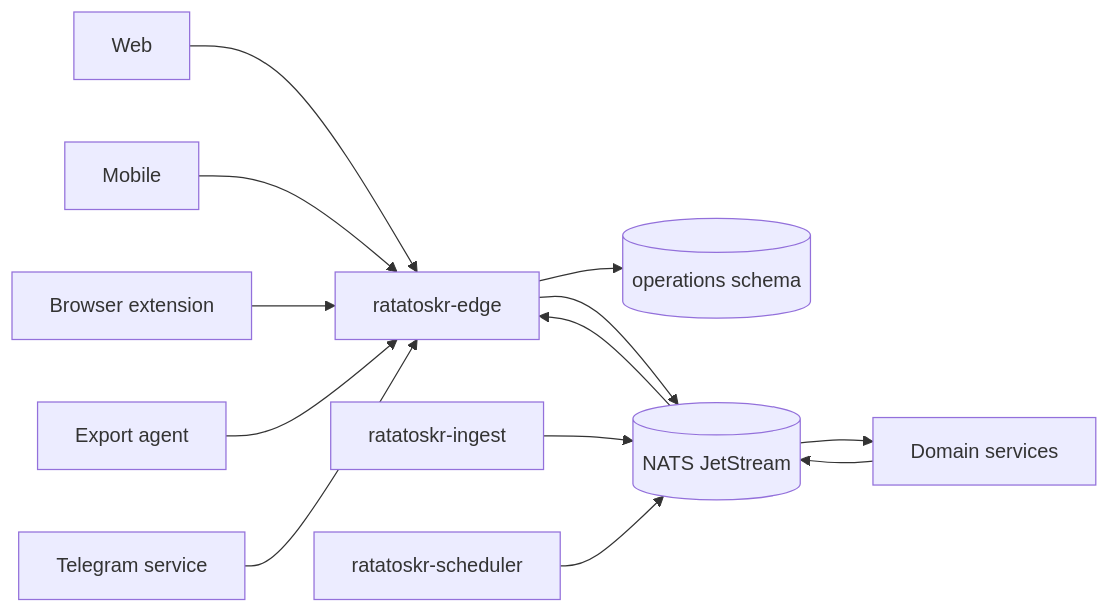
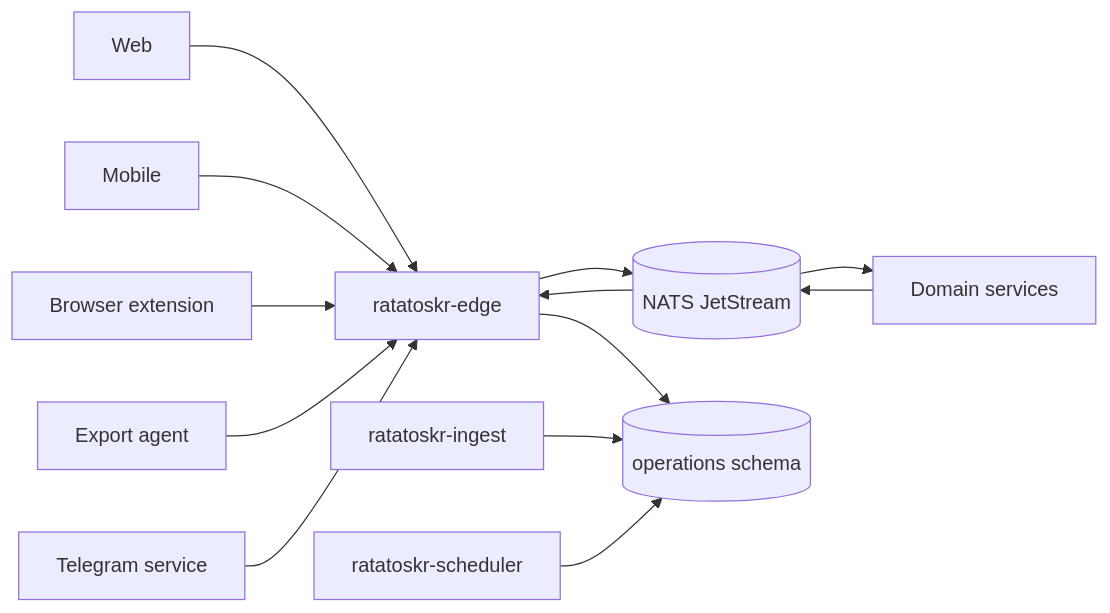
One commit to po4yka/ratatoskr-platform changed the first of 2 diagrams in docs/ARCHITECTURE.md. Above: the diagram before and after it, drawn with Mermaid. The commit also changed other lines of this file and 4 other files, not shown here.

````diff
--- a/docs/ARCHITECTURE.md
+++ b/docs/ARCHITECTURE.md
@@ -19,27 +20,27 @@
 ```mermaid
 flowchart LR
     Web[Web]
     Mobile[Mobile]
     Extension[Browser extension]
     ExportAgent[Export agent]
     Telegram[Telegram service]
     Edge[ratatoskr-edge]
     Ingest[ratatoskr-ingest]
     Scheduler[ratatoskr-scheduler]
     Bus[(NATS JetStream)]
     Domains[Domain services]
     Ops[(operations schema)]
 
     Web --> Edge
     Mobile --> Edge
     Extension --> Edge
     ExportAgent --> Edge
     Telegram --> Edge
     Edge --> Ops
     Edge --> Bus
-    Ingest --> Bus
-    Scheduler --> Bus
+    Ingest --> Ops
+    Scheduler --> Ops
     Bus --> Domains
     Domains --> Bus
     Bus --> Edge
 ```
````
